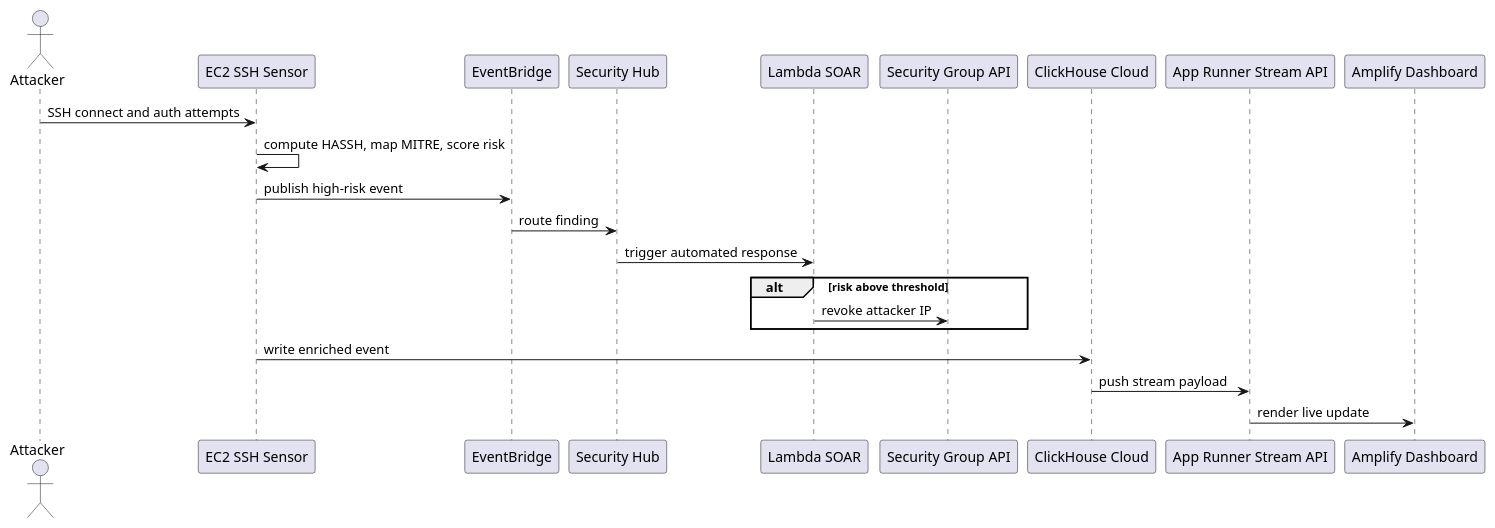
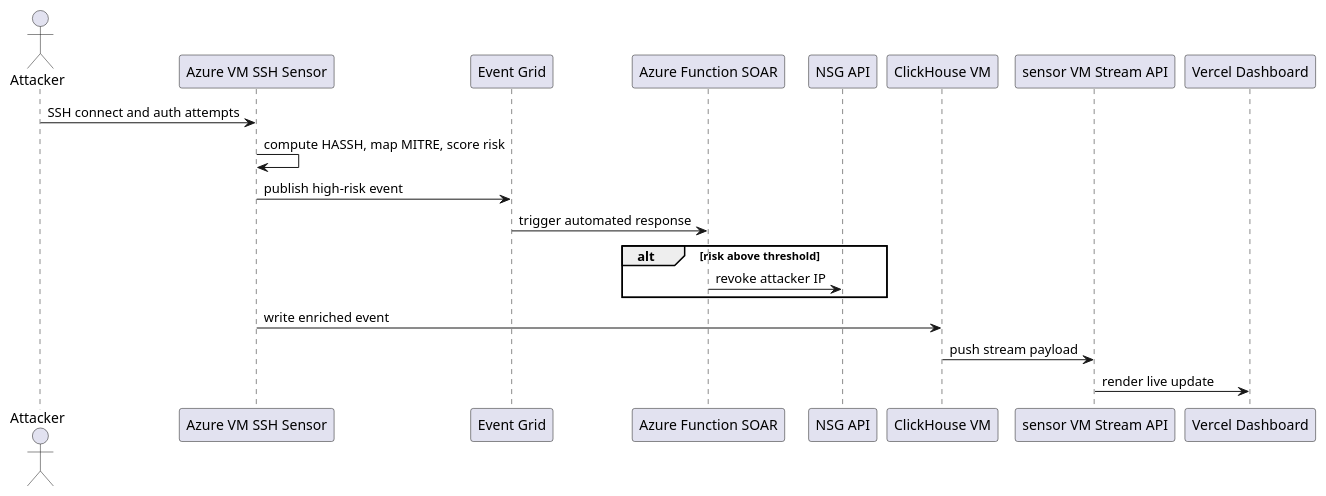
Before and after one commit to kontoldemon/hanyakontolselamatkandunia: the third of 7 diagrams in cloudsentinel-skill.md, drawn with PlantUML. The commit also changed other lines of this file and 4 other files, not shown here.

````diff
--- a/cloudsentinel-skill.md
+++ b/cloudsentinel-skill.md
@@ -251,25 +250,23 @@
 ```plantuml
 @startuml
 actor Attacker
-participant "EC2 SSH Sensor" as Sensor
-participant "EventBridge" as EB
-participant "Security Hub" as SH
-participant "Lambda SOAR" as LSOAR
-participant "Security Group API" as SG
-participant "ClickHouse Cloud" as CH
-participant "App Runner Stream API" as AR
-participant "Amplify Dashboard" as UI
+participant "Azure VM SSH Sensor" as Sensor
+participant "Event Grid" as EB
+participant "Azure Function SOAR" as LSOAR
+participant "NSG API" as SG
+participant "ClickHouse VM" as CH
+participant "sensor VM Stream API" as AR
+participant "Vercel Dashboard" as UI
 
 Attacker -> Sensor: SSH connect and auth attempts
 Sensor -> Sensor: compute HASSH, map MITRE, score risk
 Sensor -> EB: publish high-risk event
-EB -> SH: route finding
-SH -> LSOAR: trigger automated response
+EB -> LSOAR: trigger automated response
 alt risk above threshold
   LSOAR -> SG: revoke attacker IP
 end
 Sensor -> CH: write enriched event
 CH -> AR: push stream payload
 AR -> UI: render live update
 @enduml
 ```
````
